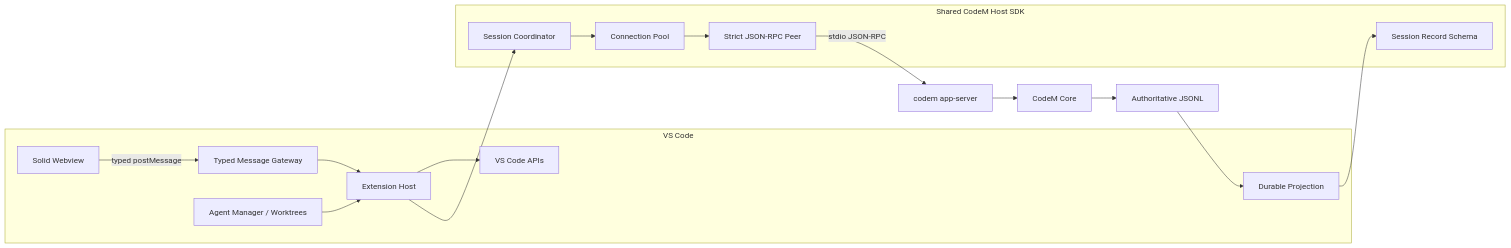
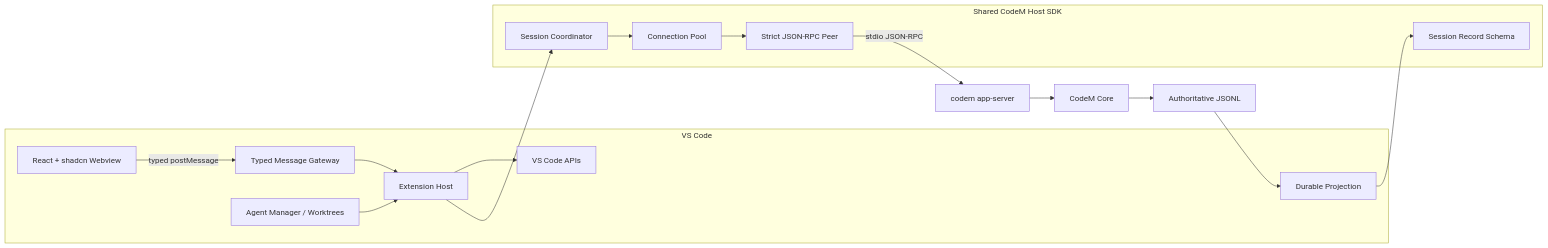
One commit to linmi/codem-vscode-public changed the diagram in vscode-plugin-plan.md. Above: the diagram before and after it, drawn with Mermaid. The commit also changed other lines of this file and 8712 other files, not shown here.

````diff
--- a/vscode-plugin-plan.md
+++ b/vscode-plugin-plan.md
@@ -79,29 +82,29 @@
 ```mermaid
 flowchart LR
   subgraph VS[VS Code]
-    WV[Solid Webview]
+    WV[React + shadcn Webview]
     GW[Typed Message Gateway]
     HOST[Extension Host]
     VAPI[VS Code APIs]
     PROJ[Durable Projection]
     AM[Agent Manager / Worktrees]
     WV -->|typed postMessage| GW
     GW --> HOST
     HOST --> VAPI
     AM --> HOST
   end
   subgraph SDK[Shared CodeM Host SDK]
     POOL[Connection Pool]
     RPC[Strict JSON-RPC Peer]
     SESSION[Session Coordinator]
     SCHEMA[Session Record Schema]
     HOST --> SESSION
     SESSION --> POOL
     POOL --> RPC
     PROJ --> SCHEMA
   end
   RPC -->|stdio JSON-RPC| AS[codem app-server]
   AS --> CORE[CodeM Core]
   CORE --> JSONL[Authoritative JSONL]
   JSONL --> PROJ
 ```
````
